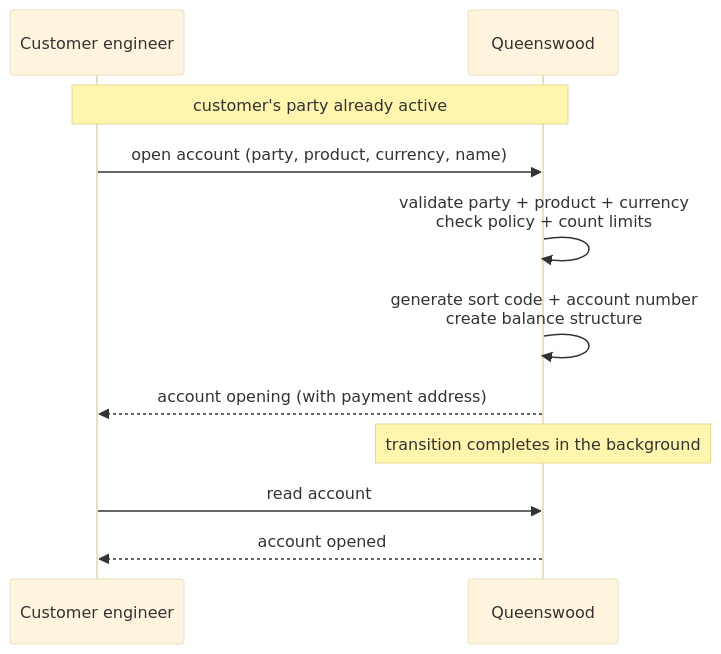
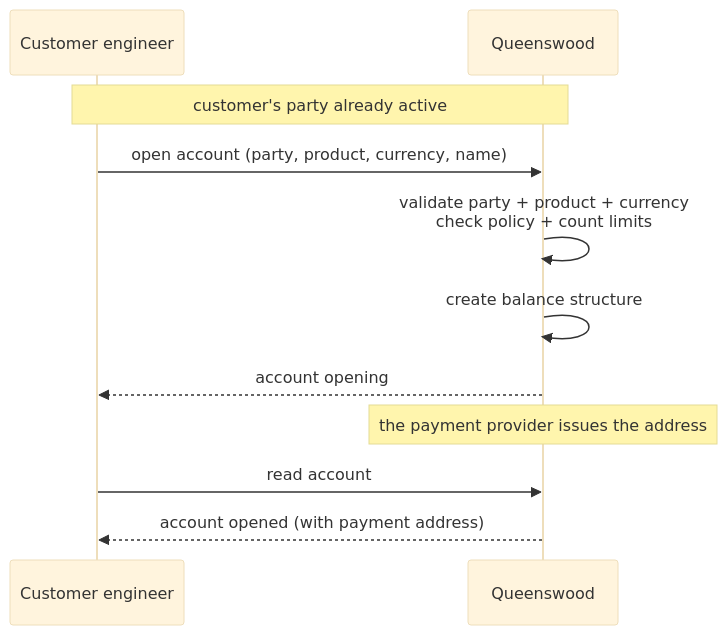
Before and after one commit to repldriven/queenswood: the first of 3 diagrams in docs/prd/cash-accounts.md, drawn with Mermaid (base theme). The commit also changed other lines of this file and 3 other files, not shown here.

````diff
--- a/docs/prd/cash-accounts.md
+++ b/docs/prd/cash-accounts.md
@@ -257,14 +260,14 @@
 ```mermaid
 sequenceDiagram
     participant T as Customer engineer
     participant Q as Queenswood
 
     Note over T,Q: customer's party already active
     T->>Q: open account (party, product, currency, name)
     Q->>Q: validate party + product + currency<br/>check policy + count limits
-    Q->>Q: generate sort code + account number<br/>create balance structure
-    Q-->>T: account opening (with payment address)
-    Note over Q: transition completes in the background
+    Q->>Q: create balance structure
+    Q-->>T: account opening
+    Note over Q: the payment provider issues the address
     T->>Q: read account
-    Q-->>T: account opened
+    Q-->>T: account opened (with payment address)
 ```
````
